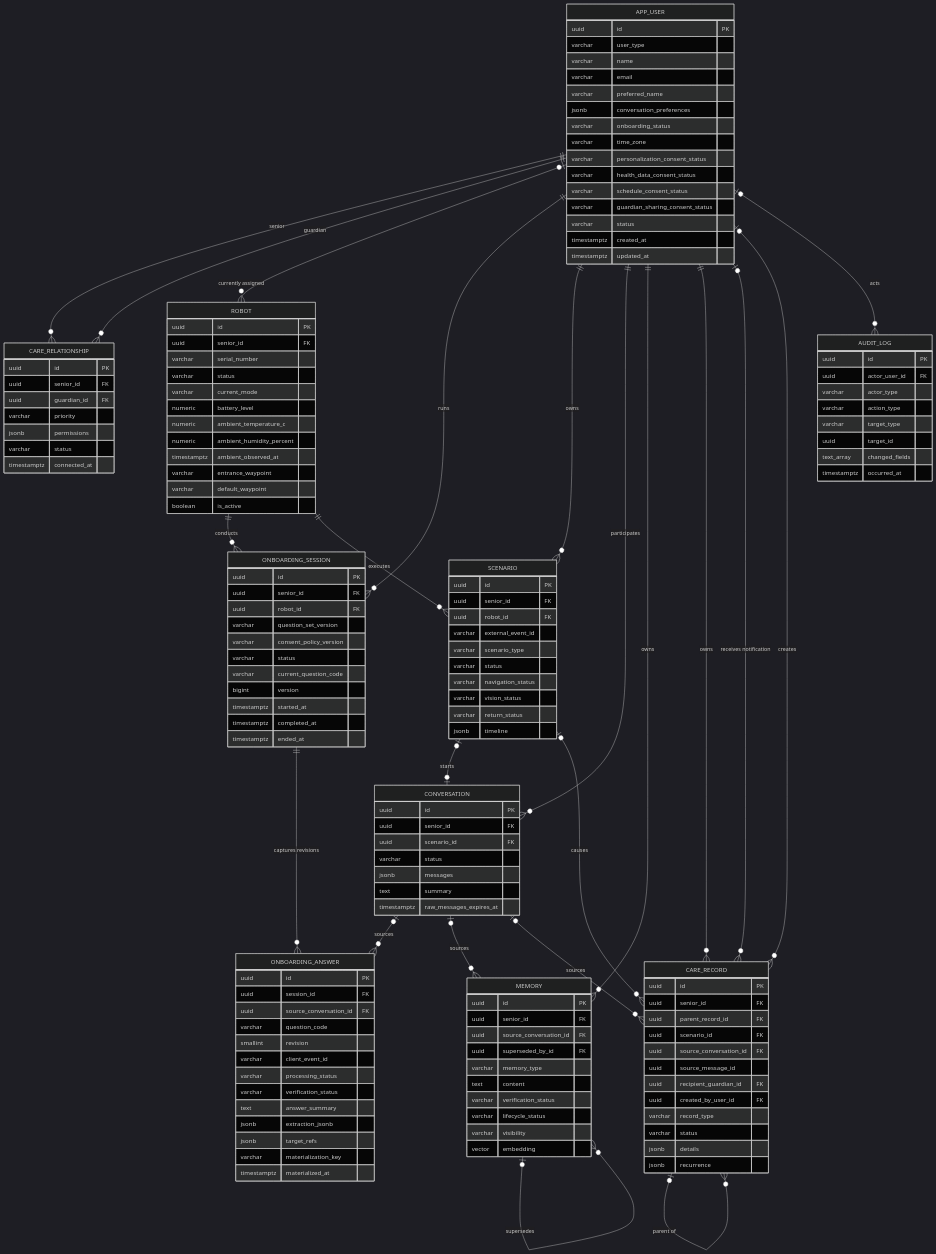
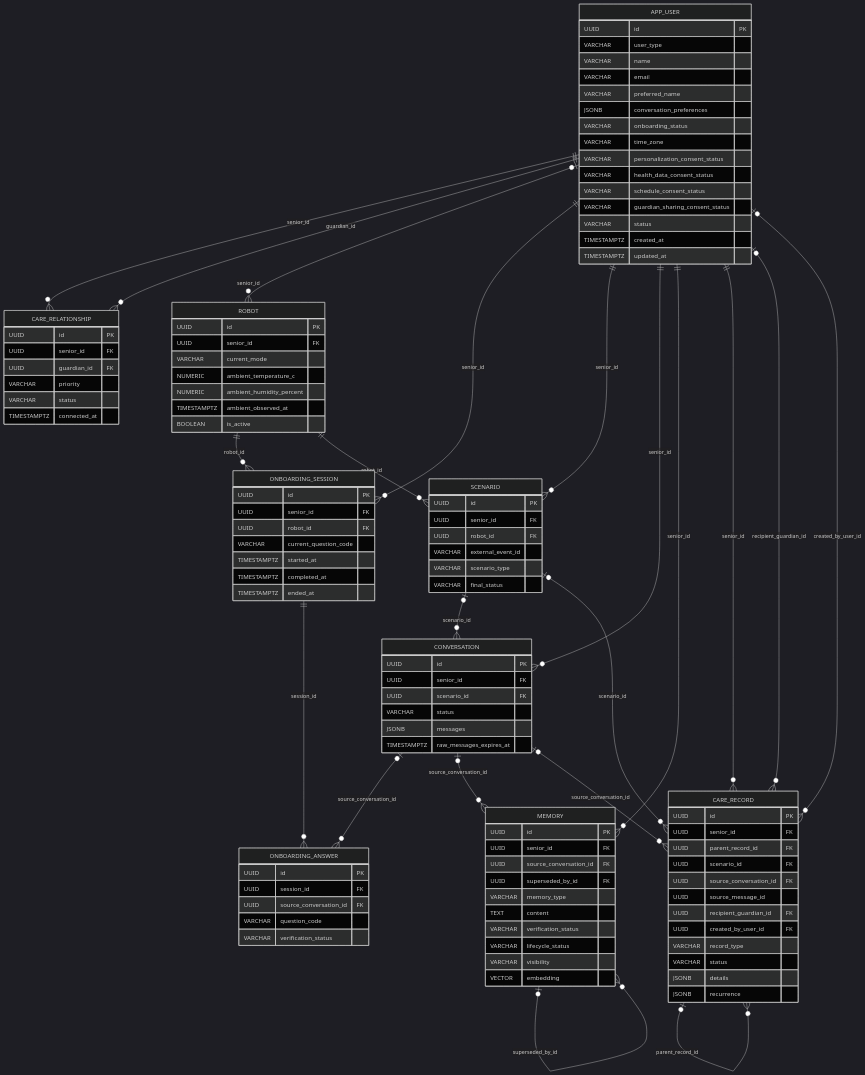
The diagram in docs/database/mvp-erd.md (bomi-aiot/BOMI), drawn with Mermaid (dark theme) before and after one commit. The commit also changed other lines of this file and 20 other files, not shown here.

Commit message:
docs(db): [S15P11E102-128] ERD 최종 재정의 및 ERD Cloud 기록

````diff
--- a/docs/database/mvp-erd.md
+++ b/docs/database/mvp-erd.md
@@ -159,150 +50,124 @@
 ```mermaid
 erDiagram
     APP_USER {
-        uuid id PK
-        varchar user_type
-        varchar name
-        varchar email
-        varchar preferred_name
-        jsonb conversation_preferences
-        varchar onboarding_status
-        varchar time_zone
-        varchar personalization_consent_status
-        varchar health_data_consent_status
-        varchar schedule_consent_status
-        varchar guardian_sharing_consent_status
-        varchar status
-        timestamptz created_at
-        timestamptz updated_at
-    }
-    CARE_RELATIONSHIP {
-        uuid id PK
-        uuid senior_id FK
-        uuid guardian_id FK
-        varchar priority
-        jsonb permissions
-        varchar status
-        timestamptz connected_at
-    }
-    ROBOT {
-        uuid id PK
-        uuid senior_id FK
-        varchar serial_number
-        varchar status
-        varchar current_mode
-        numeric battery_level
-        numeric ambient_temperature_c
-        numeric ambient_humidity_percent
-        timestamptz ambient_observed_at
-        varchar entrance_waypoint
-        varchar default_waypoint
-        boolean is_active
-    }
-    ONBOARDING_SESSION {
-        uuid id PK
-        uuid senior_id FK
-        uuid robot_id FK
-        varchar question_set_version
-        varchar consent_policy_version
-        varchar status
-        varchar current_question_code
-        bigint version
-        timestamptz started_at
-        timestamptz completed_at
-        timestamptz ended_at
-    }
-    ONBOARDING_ANSWER {
-        uuid id PK
-        uuid session_id FK
-        uuid source_conversation_id FK
-        varchar question_code
-        smallint revision
-        varchar client_event_id
-        varchar processing_status
-        varchar verification_status
-        text answer_summary
-        jsonb extraction_jsonb
-        jsonb target_refs
-        varchar materialization_key
-        timestamptz materialized_at
-    }
-    SCENARIO {
-        uuid id PK
-        uuid senior_id FK
-        uuid robot_id FK
-        varchar external_event_id
-        varchar scenario_type
-        varchar status
-        varchar navigation_status
-        varchar vision_status
-        varchar return_status
-        jsonb timeline
-    }
-    CONVERSATION {
-        uuid id PK
-        uuid senior_id FK
-        uuid scenario_id FK
-        varchar status
-        jsonb messages
-        text summary
-        timestamptz raw_messages_expires_at
-    }
-    MEMORY {
-        uuid id PK
-        uuid senior_id FK
-        uuid source_conversation_id FK
-        uuid superseded_by_id FK
-        varchar memory_type
-        text content
-        varchar verification_status
-        varchar lifecycle_status
-        varchar visibility
-        vector embedding
-    }
-    CARE_RECORD {
-        uuid id PK
-        uuid senior_id FK
-        uuid parent_record_id FK
-        uuid scenario_id FK
-        uuid source_conversation_id FK
-        uuid source_message_id
-        uuid recipient_guardian_id FK
-        uuid created_by_user_id FK
-        varchar record_type
-        varchar status
-        jsonb details
-        jsonb recurrence
-    }
-    AUDIT_LOG {
-        uuid id PK
-        uuid actor_user_id FK
-        varchar actor_type
-        varchar action_type
-        varchar target_type
-        uuid target_id
-        text_array changed_fields
-        timestamptz occurred_at
+        UUID id PK
+        VARCHAR user_type
+        VARCHAR name
+        VARCHAR email
+        VARCHAR preferred_name
+        JSONB conversation_preferences
+        VARCHAR onboarding_status
+        VARCHAR time_zone
+        VARCHAR personalization_consent_status
+        VARCHAR health_data_consent_status
+        VARCHAR schedule_consent_status
+        VARCHAR guardian_sharing_consent_status
+        VARCHAR status
+        TIMESTAMPTZ created_at
+        TIMESTAMPTZ updated_at
     }
 
-    APP_USER ||--o{ CARE_RELATIONSHIP : "senior"
-    APP_USER ||--o{ CARE_RELATIONSHIP : "guardian"
-    APP_USER o|--o{ ROBOT : "currently assigned"
-    APP_USER ||--o{ ONBOARDING_SESSION : "runs"
-    ROBOT ||--o{ ONBOARDING_SESSION : "conducts"
-    ONBOARDING_SESSION ||--o{ ONBOARDING_ANSWER : "captures revisions"
-    CONVERSATION o|--o{ ONBOARDING_ANSWER : "sources"
-    APP_USER ||--o{ SCENARIO : "owns"
-    ROBOT ||--o{ SCENARIO : "executes"
-    APP_USER ||--o{ CONVERSATION : "participates"
-    SCENARIO o|--o| CONVERSATION : "starts"
-    APP_USER ||--o{ MEMORY : "owns"
-    CONVERSATION o|--o{ MEMORY : "sources"
-    MEMORY o|--o{ MEMORY : "supersedes"
-    APP_USER ||--o{ CARE_RECORD : "owns"
-    APP_USER o|--o{ CARE_RECORD : "receives notification"
-    APP_USER o|--o{ CARE_RECORD : "creates"
-    SCENARIO o|--o{ CARE_RECORD : "causes"
-    CONVERSATION o|--o{ CARE_RECORD : "sources"
-    CARE_RECORD o|--o{ CARE_RECORD : "parent of"
-    APP_USER o|--o{ AUDIT_LOG : "acts"
+    CARE_RELATIONSHIP {
+        UUID id PK
+        UUID senior_id FK
+        UUID guardian_id FK
+        VARCHAR priority
+        VARCHAR status
+        TIMESTAMPTZ connected_at
+    }
+
+    ROBOT {
+        UUID id PK
+        UUID senior_id FK
+        VARCHAR current_mode
+        NUMERIC ambient_temperature_c
+        NUMERIC ambient_humidity_percent
+        TIMESTAMPTZ ambient_observed_at
+        BOOLEAN is_active
+    }
+
+    ONBOARDING_SESSION {
+        UUID id PK
+        UUID senior_id FK
+        UUID robot_id FK
+        VARCHAR current_question_code
+        TIMESTAMPTZ started_at
+        TIMESTAMPTZ completed_at
+        TIMESTAMPTZ ended_at
+    }
+
+    ONBOARDING_ANSWER {
+        UUID id PK
+        UUID session_id FK
+        UUID source_conversation_id FK
+        VARCHAR question_code
+        VARCHAR verification_status
+    }
+
+    SCENARIO {
+        UUID id PK
+        UUID senior_id FK
+        UUID robot_id FK
+        VARCHAR external_event_id
+        VARCHAR scenario_type
+        VARCHAR final_status
+    }
+
+    CONVERSATION {
+        UUID id PK
+        UUID senior_id FK
+        UUID scenario_id FK
+        VARCHAR status
+        JSONB messages
+        TIMESTAMPTZ raw_messages_expires_at
+    }
+
+    MEMORY {
+        UUID id PK
+        UUID senior_id FK
+        UUID source_conversation_id FK
+        UUID superseded_by_id FK
+        VARCHAR memory_type
+        TEXT content
+        VARCHAR verification_status
+        VARCHAR lifecycle_status
+        VARCHAR visibility
+        VECTOR embedding
+    }
+
+    CARE_RECORD {
+        UUID id PK
+        UUID senior_id FK
+        UUID parent_record_id FK
+        UUID scenario_id FK
+        UUID source_conversation_id FK
+        UUID source_message_id
+        UUID recipient_guardian_id FK
+        UUID created_by_user_id FK
+        VARCHAR record_type
+        VARCHAR status
+        JSONB details
+        JSONB recurrence
+    }
+
+    APP_USER ||--o{ CARE_RELATIONSHIP : "senior_id"
+    APP_USER ||--o{ CARE_RELATIONSHIP : "guardian_id"
+    APP_USER o|--o{ ROBOT : "senior_id"
+    APP_USER ||--o{ ONBOARDING_SESSION : "senior_id"
+    ROBOT ||--o{ ONBOARDING_SESSION : "robot_id"
+    ONBOARDING_SESSION ||--o{ ONBOARDING_ANSWER : "session_id"
+    CONVERSATION o|--o{ ONBOARDING_ANSWER : "source_conversation_id"
+    APP_USER ||--o{ SCENARIO : "senior_id"
+    ROBOT ||--o{ SCENARIO : "robot_id"
+    APP_USER ||--o{ CONVERSATION : "senior_id"
+    SCENARIO o|--o{ CONVERSATION : "scenario_id"
+    APP_USER ||--o{ MEMORY : "senior_id"
+    CONVERSATION o|--o{ MEMORY : "source_conversation_id"
+    MEMORY o|--o{ MEMORY : "superseded_by_id"
+    APP_USER ||--o{ CARE_RECORD : "senior_id"
+    CARE_RECORD o|--o{ CARE_RECORD : "parent_record_id"
+    SCENARIO o|--o{ CARE_RECORD : "scenario_id"
+    CONVERSATION o|--o{ CARE_RECORD : "source_conversation_id"
+    APP_USER o|--o{ CARE_RECORD : "recipient_guardian_id"
+    APP_USER o|--o{ CARE_RECORD : "created_by_user_id"
 ```
````
